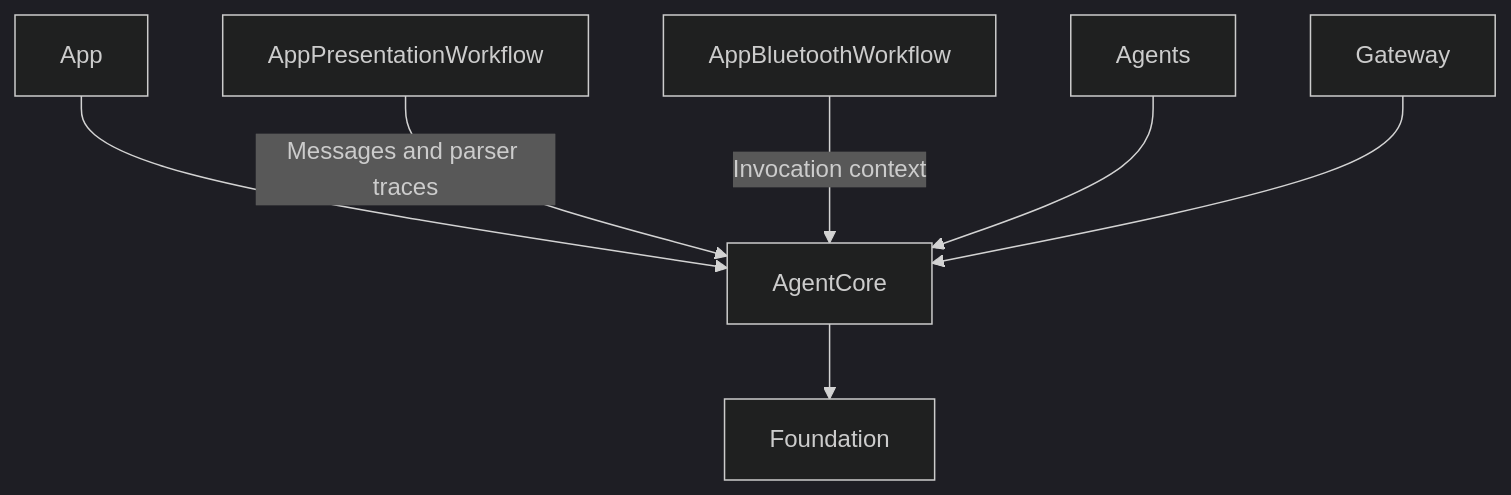
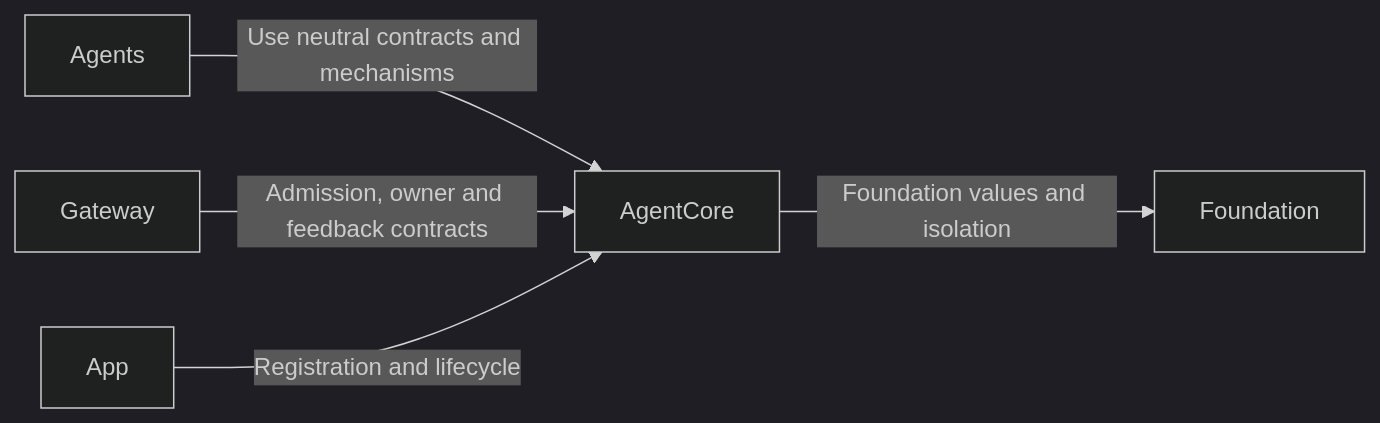
Before and after one commit to devilyouwei/MobileHarness: the first of 2 diagrams in MobileHarness/Agents/Support/Core/README.md, drawn with Mermaid (dark theme). The commit also changed other lines of this file and 116 other files, not shown here.

````diff
--- a/MobileHarness/Agents/Support/Core/README.md
+++ b/MobileHarness/Agents/Support/Core/README.md
@@ -25,9 +15,7 @@
 ```mermaid
-flowchart TD
-    App --> AgentCore
-    AppPresentationWorkflow -->|Messages and parser traces| AgentCore
-    AppBluetoothWorkflow -->|Invocation context| AgentCore
-    Agents --> AgentCore
-    Gateway --> AgentCore
-    AgentCore --> Foundation
+flowchart LR
+ Agents -->|Use neutral contracts and mechanisms| Core[AgentCore]
+ Gateway -->|Admission, owner and feedback contracts| Core
+ App -->|Registration and lifecycle| Core
+ Core -->|Foundation values and isolation| Foundation
 ```
````
